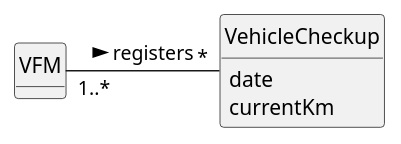
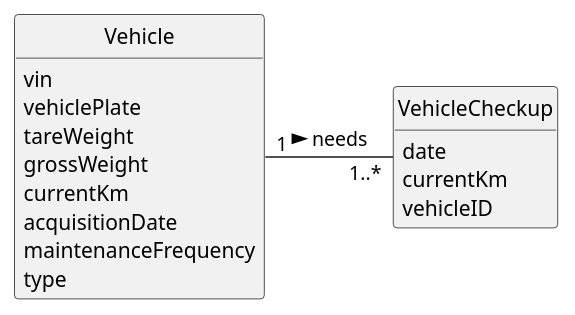
The diagram in docs/sprintB/us007/02.analysis/puml/us007-domain-model.puml (ricardomm7/leaflink), drawn with PlantUML before and after one commit. The commit also changed 6 other files, not shown here.

```diff
--- a/docs/sprintB/us007/02.analysis/puml/us007-domain-model.puml
+++ b/docs/sprintB/us007/02.analysis/puml/us007-domain-model.puml
@@ -1,24 +1,32 @@
 @startuml
 skinparam monochrome true
 skinparam packageStyle rectangle
 skinparam shadowing false
 
 'left to right direction
 
 skinparam classAttributeIconSize 0
 
 hide circle
 hide methods
 
-class VFM {
-
-}
 
 class VehicleCheckup {
     date
     currentKm
-
+    vehicleID
 }
 
-VFM "1..*" - "*" VehicleCheckup : registers >
+class Vehicle{
+vin
+vehiclePlate
+tareWeight
+grossWeight
+currentKm
+acquisitionDate
+maintenanceFrequency
+type
+}
+
+Vehicle "1" - "1..*" VehicleCheckup : needs >
 @enduml
```
